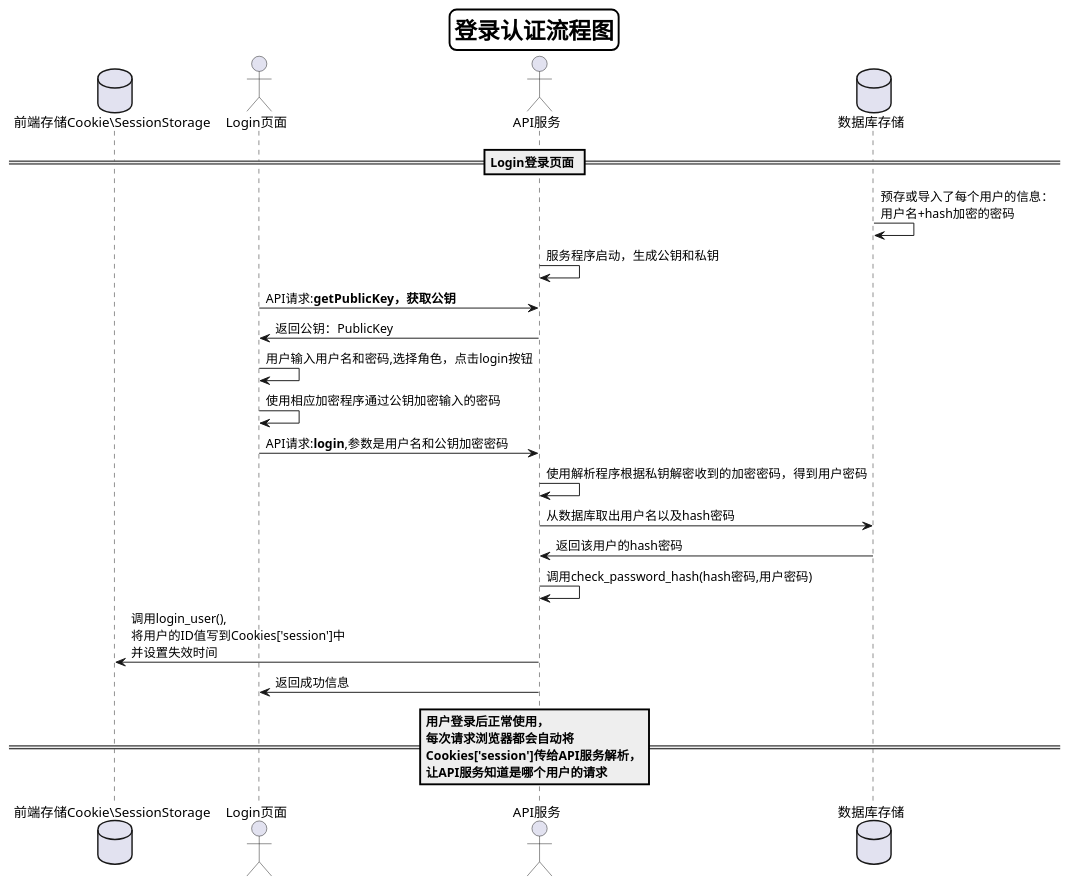
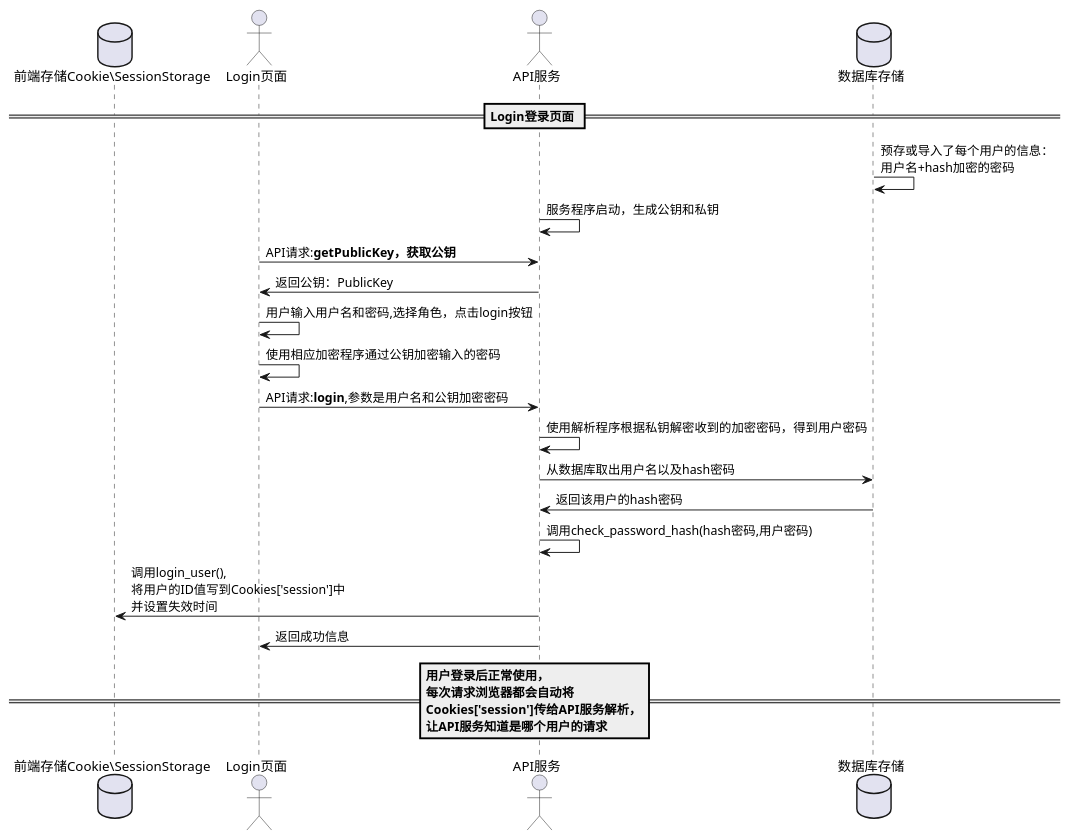
The diagram in test6/源码/登录.puml (915936476/is_analysis-3), drawn with PlantUML before and after one commit. The commit also changed 80 other files, not shown here.

```diff
--- a/test6/源码/登录.puml
+++ b/test6/源码/登录.puml
@@ -1,29 +1,23 @@
 @startuml
-skinparam titleBorderRoundCorner 15
-skinparam titleBorderThickness 2
-skinparam titleBorderColor #Black
-skinparam titleFontSize 24
-Title 登录认证流程图
-
 database "前端存储Cookie\SessionStorage" as 前端存储
 actor Login页面
 actor API服务
 database 数据库存储
 
 == Login登录页面 ==
 数据库存储->数据库存储:预存或导入了每个用户的信息：\n用户名+hash加密的密码
 API服务->API服务:服务程序启动，生成公钥和私钥
 Login页面->API服务:API请求:<b>getPublicKey<b>，获取公钥
 API服务->Login页面:返回公钥：PublicKey
 Login页面->Login页面:用户输入用户名和密码,选择角色，点击login按钮
 Login页面->Login页面:使用相应加密程序通过公钥加密输入的密码
 Login页面->API服务:API请求:<b>login</b>,参数是用户名和公钥加密密码
 API服务->API服务:使用解析程序根据私钥解密收到的加密密码，得到用户密码
 API服务->数据库存储:从数据库取出用户名以及hash密码
 数据库存储->API服务:返回该用户的hash密码
 API服务->API服务:调用check_password_hash(hash密码,用户密码)
 API服务->前端存储:调用login_user(),\n将用户的ID值写到Cookies['session']中\n并设置失效时间
 API服务->Login页面:返回成功信息
 == 用户登录后正常使用，\n每次请求浏览器都会自动将\nCookies['session']传给API服务解析，\n让API服务知道是哪个用户的请求==
 
 @enduml
```
